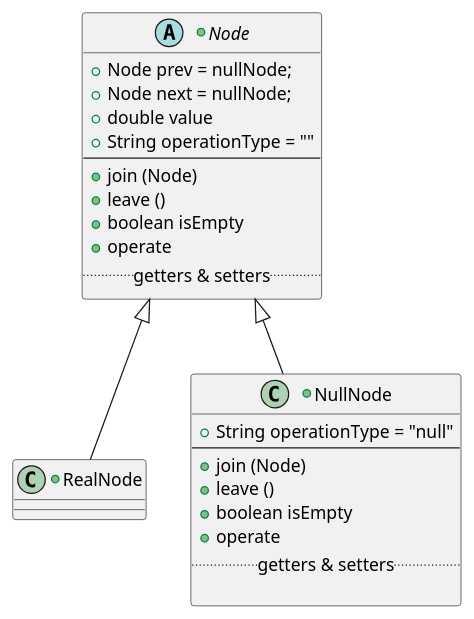
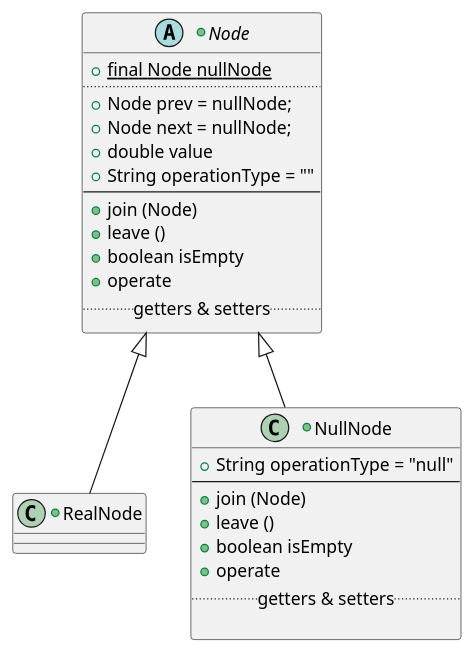
Before and after one commit to vitalispopoff/designPatterns: the diagram in src/strategies/nullObject/implementation_01/uml/nullObject_implementation_01.puml, drawn with PlantUML. The commit also changed 1 other file, not shown here.

Commit message:
null object docs

```diff
--- a/src/strategies/nullObject/implementation_01/uml/nullObject_implementation_01.puml
+++ b/src/strategies/nullObject/implementation_01/uml/nullObject_implementation_01.puml
@@ -1,30 +1,32 @@
 @startuml
 
 +abstract class Node{
+        +{field}{static} final Node nullNode
+    ..
         +{field} Node prev = nullNode;
         +{field} Node next = nullNode;
         +{field} double value
         +{field} String operationType = ""
     --
         +{method} join (Node)
         +{method} leave ()
         +{method} boolean isEmpty
         +{method} operate
     ..getters & setters..
 }
 
 +class RealNode extends Node{
 }
 
 +class NullNode extends Node{
         +{field} String operationType = "null"
     --
         +{method} join (Node)
         +{method} leave ()
         +{method} boolean isEmpty
         +{method} operate
     ..getters & setters..
 
 }
 
 @enduml
```
